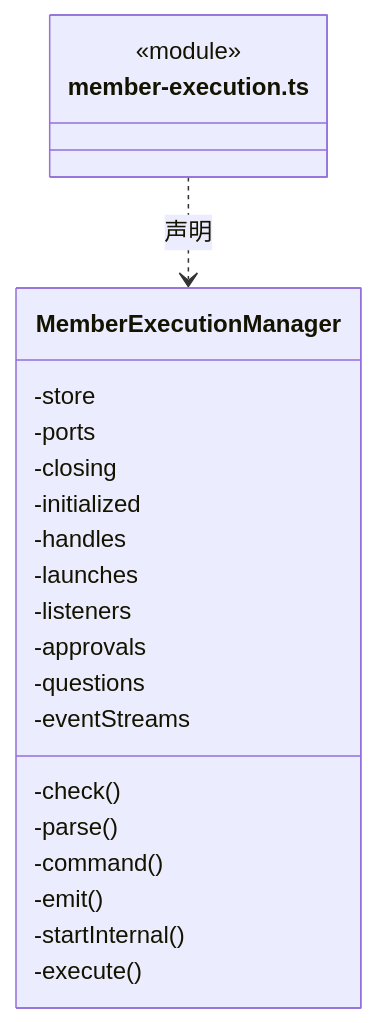
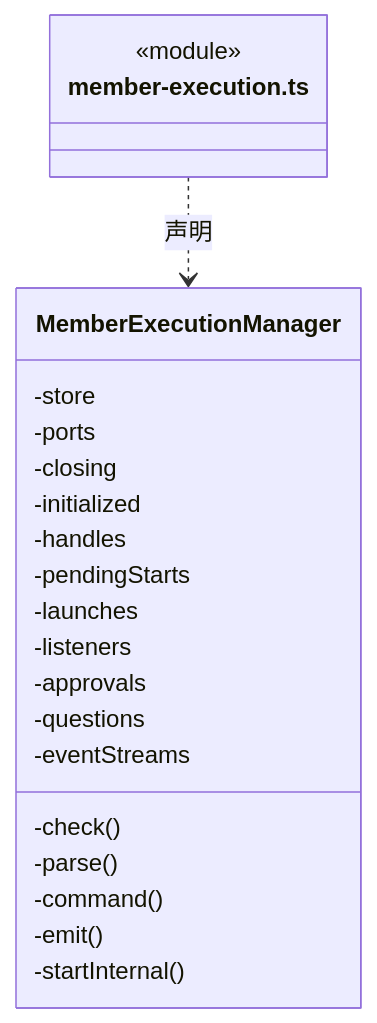
One commit to nan023062/cbim changed diagram 20 of 42 in src/backend/scheduler-engine/execution/ARCHITECTURE.md. Above: the diagram before and after it, drawn with Mermaid. The commit also changed other lines of this file and 70 other files, not shown here.

````diff
--- a/src/backend/scheduler-engine/execution/ARCHITECTURE.md
+++ b/src/backend/scheduler-engine/execution/ARCHITECTURE.md
@@ -555,25 +590,25 @@
 ```mermaid
 classDiagram
 class N_src_backend_scheduler_engine_execution_member_execution_ts["member-execution.ts"] {
   <<module>>
 }
 class N_src_backend_scheduler_engine_execution_member_execution_ts_MemberExecutionManager["MemberExecutionManager"] {
   -store
   -ports
   -closing
   -initialized
   -handles
+  -pendingStarts
   -launches
   -listeners
   -approvals
   -questions
   -eventStreams
   -check()
   -parse()
   -command()
   -emit()
   -startInternal()
-  -execute()
 }
 N_src_backend_scheduler_engine_execution_member_execution_ts ..> N_src_backend_scheduler_engine_execution_member_execution_ts_MemberExecutionManager : 声明
 ```
````
